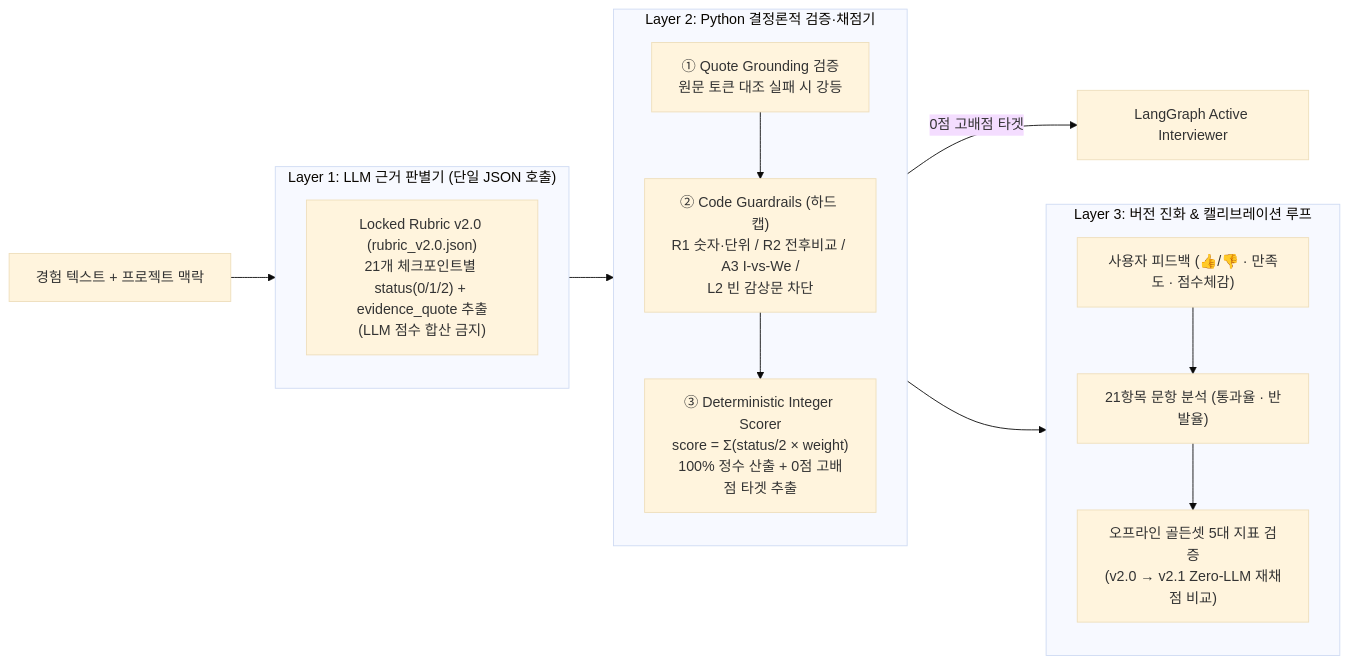
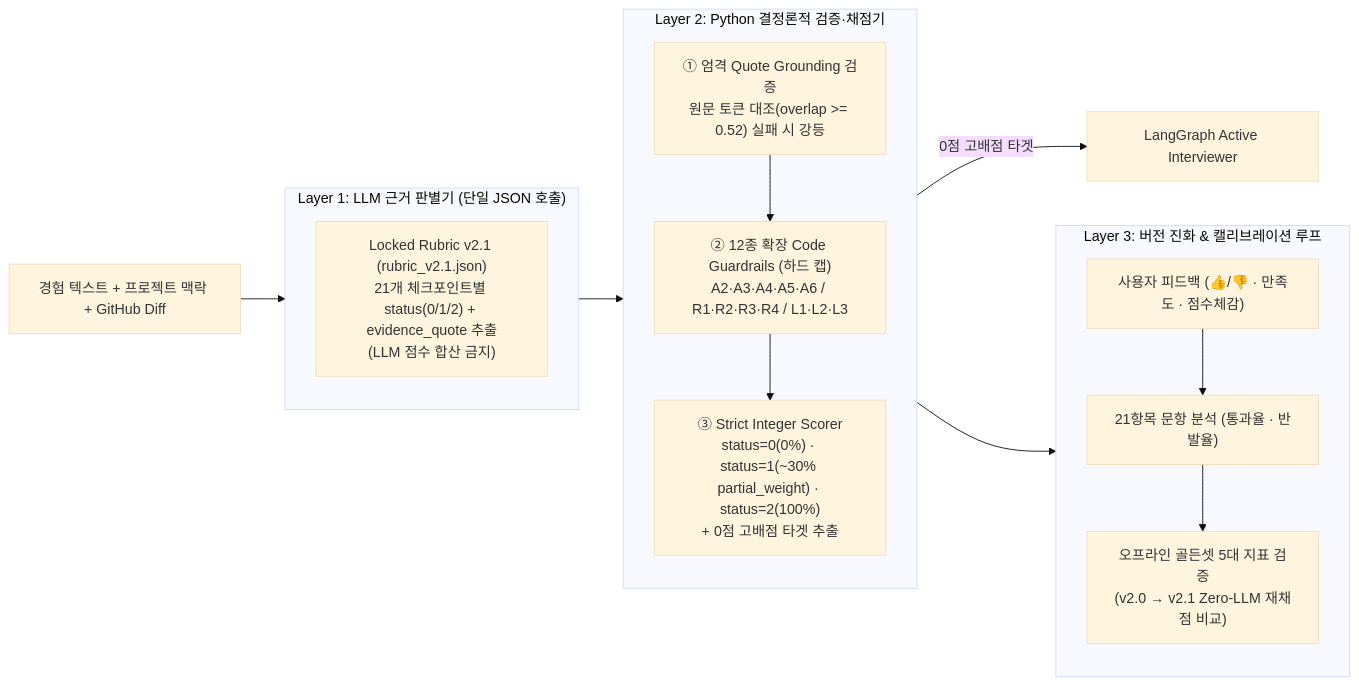
The second of 3 diagrams in EXPERIENCE_MINING_ARCHITECTURE.md (KASOP0306/write-on-vibe-lab), drawn with Mermaid (base theme) before and after one commit. The commit also changed other lines of this file and 2 other files, not shown here.

Commit message:
docs: sync EXPERIENCE_MINING_ARCHITECTURE, README, and ARCHITECTURE with STAR-L v2.1, 1000 XP, and GitHub diff mining

````diff
--- a/EXPERIENCE_MINING_ARCHITECTURE.md
+++ b/EXPERIENCE_MINING_ARCHITECTURE.md
@@ -57,26 +60,26 @@
 ```mermaid
 flowchart LR
-    EXP["경험 텍스트 + 프로젝트 맥락"] --> L1
+    EXP["경험 텍스트 + 프로젝트 맥락 + GitHub Diff"] --> L1
 
     subgraph L1["Layer 1: LLM 근거 판별기 (단일 JSON 호출)"]
-        P1["Locked Rubric v2.0 (rubric_v2.0.json)<br/>21개 체크포인트별 status(0/1/2) + evidence_quote 추출<br/>(LLM 점수 합산 금지)"]
+        P1["Locked Rubric v2.1 (rubric_v2.1.json)<br/>21개 체크포인트별 status(0/1/2) + evidence_quote 추출<br/>(LLM 점수 합산 금지)"]
     end
 
     subgraph L2["Layer 2: Python 결정론적 검증·채점기"]
-        V1["① Quote Grounding 검증<br/>원문 토큰 대조 실패 시 강등"]
-        V2["② Code Guardrails (하드 캡)<br/>R1 숫자·단위 / R2 전후비교 / A3 I-vs-We /<br/>L2 빈 감상문 차단"]
-        V3["③ Deterministic Integer Scorer<br/>score = Σ(status/2 × weight)<br/>100% 정수 산출 + 0점 고배점 타겟 추출"]
+        V1["① 엄격 Quote Grounding 검증<br/>원문 토큰 대조(overlap >= 0.52) 실패 시 강등"]
+        V2["② 12종 확장 Code Guardrails (하드 캡)<br/>A2·A3·A4·A5·A6 / R1·R2·R3·R4 / L1·L2·L3"]
+        V3["③ Strict Integer Scorer<br/>status=0(0%) · status=1(~30% partial_weight) · status=2(100%)<br/>+ 0점 고배점 타겟 추출"]
         V1 --> V2 --> V3
     end
 
     subgraph L3["Layer 3: 버전 진화 & 캘리브레이션 루프"]
         C1["사용자 피드백 (👍/👎 · 만족도 · 점수체감)"]
         C2["21항목 문항 분석 (통과율 · 반발율)"]
         C3["오프라인 골든셋 5대 지표 검증<br/>(v2.0 → v2.1 Zero-LLM 재채점 비교)"]
         C1 --> C2 --> C3
     end
 
     L1 --> L2
     L2 -->|"0점 고배점 타겟"| Q["LangGraph Active Interviewer"]
     L2 --> L3
 ```
````
